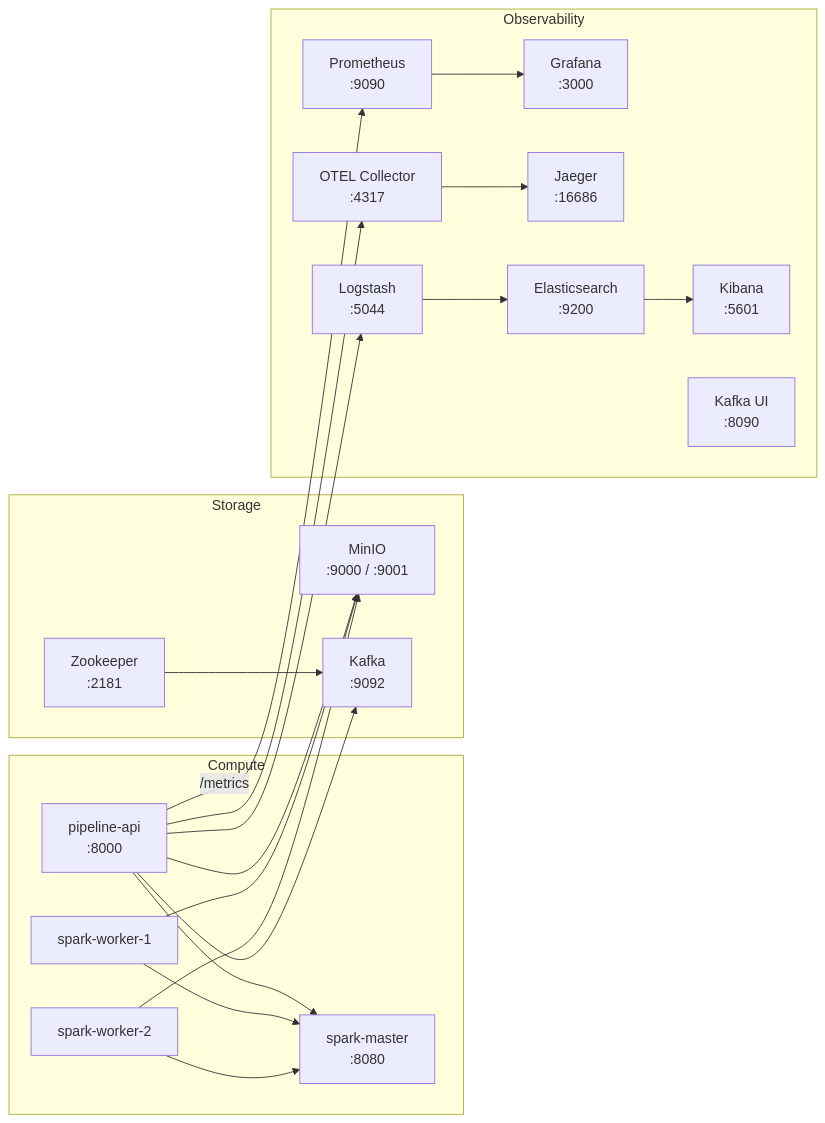
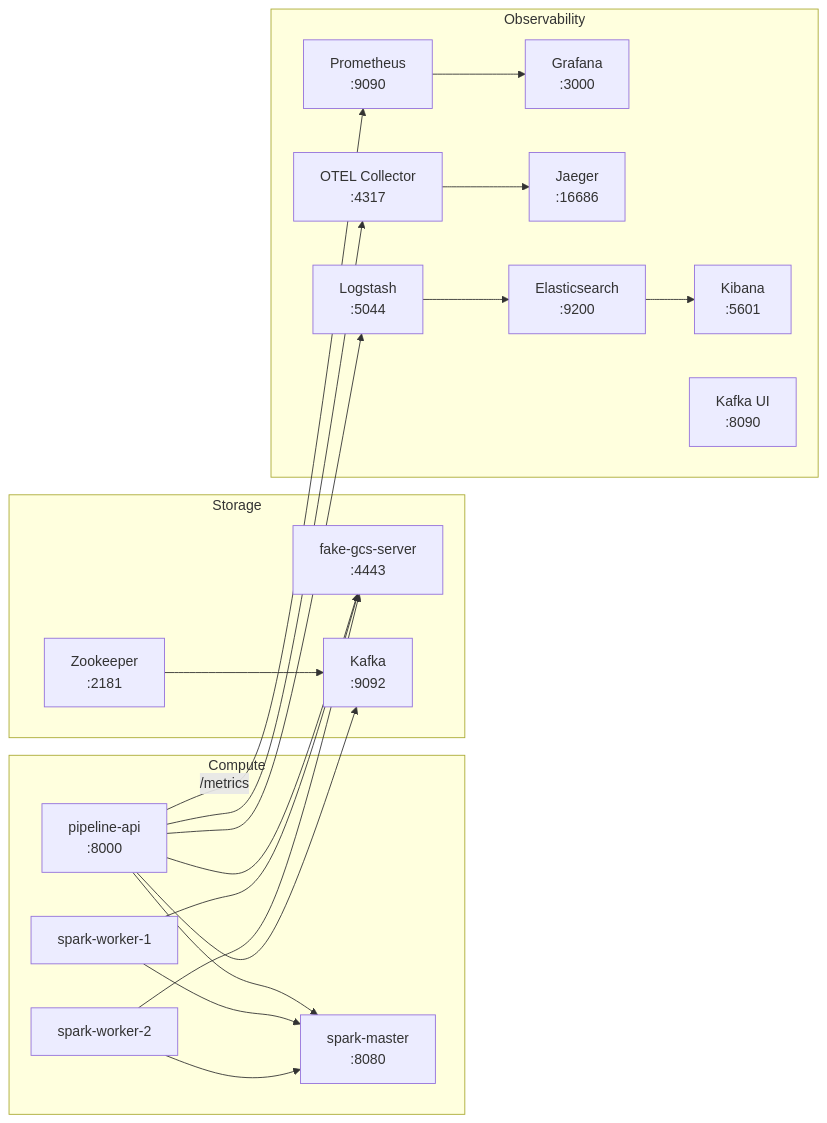
One commit to amudhan023/flux-lake-gcp changed the fourth of 5 diagrams in README.md. Above: the diagram before and after it, drawn with Mermaid. The commit also changed other lines of this file and 17 other files, not shown here.

First line of the commit message:
refactor: rename to FluxLakeGCP and replace MinIO with fake-gcs-server

````diff
--- a/README.md
+++ b/README.md
@@ -364,36 +364,36 @@
 ```mermaid
 flowchart LR
     subgraph Compute["Compute"]
         SM["spark-master\n:8080"]
         SW1["spark-worker-1"]
         SW2["spark-worker-2"]
         PA["pipeline-api\n:8000"]
     end
 
     subgraph Storage["Storage"]
-        MN["MinIO\n:9000 / :9001"]
+        MN["fake-gcs-server\n:4443"]
         KA["Kafka\n:9092"]
         ZK["Zookeeper\n:2181"]
     end
 
     subgraph Observability["Observability"]
         PR["Prometheus\n:9090"]
         GR["Grafana\n:3000"]
         OT["OTEL Collector\n:4317"]
         JA["Jaeger\n:16686"]
         ES["Elasticsearch\n:9200"]
         KB["Kibana\n:5601"]
         LS["Logstash\n:5044"]
         KU["Kafka UI\n:8090"]
     end
 
     PA --> SM
     SW1 & SW2 --> SM
     PA & SW1 & SW2 --> MN
     PA --> KA
     ZK --> KA
     PA --> OT --> JA
     PA --> LS --> ES --> KB
     PR --> GR
     PA -->|"/metrics"| PR
 ```
````
